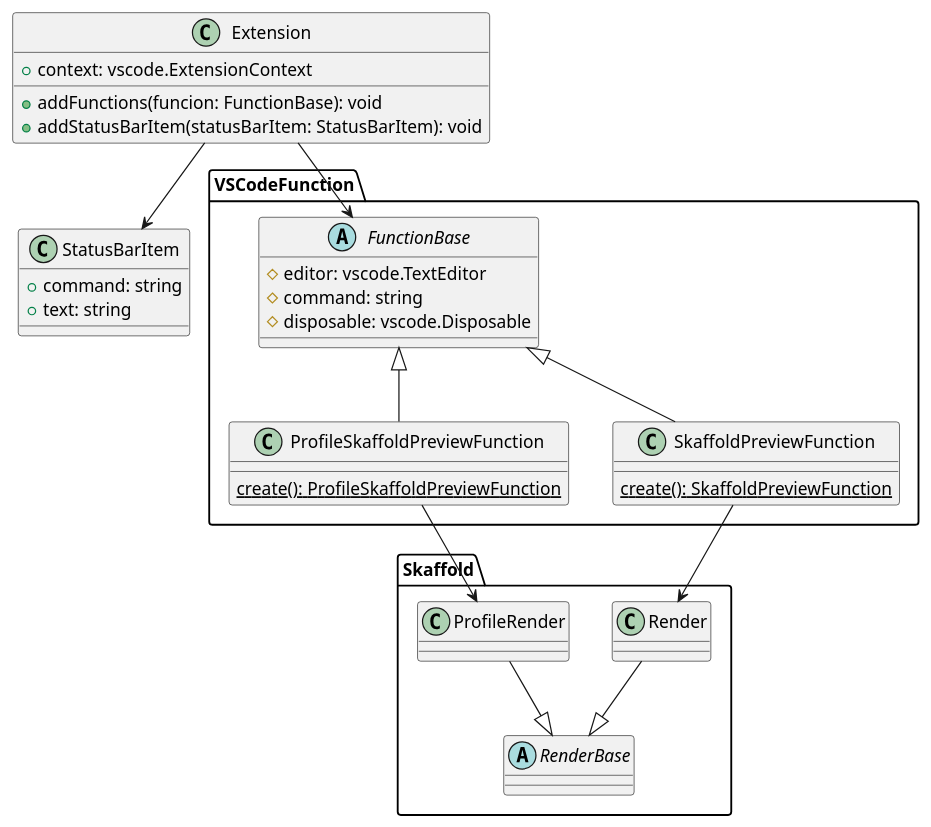
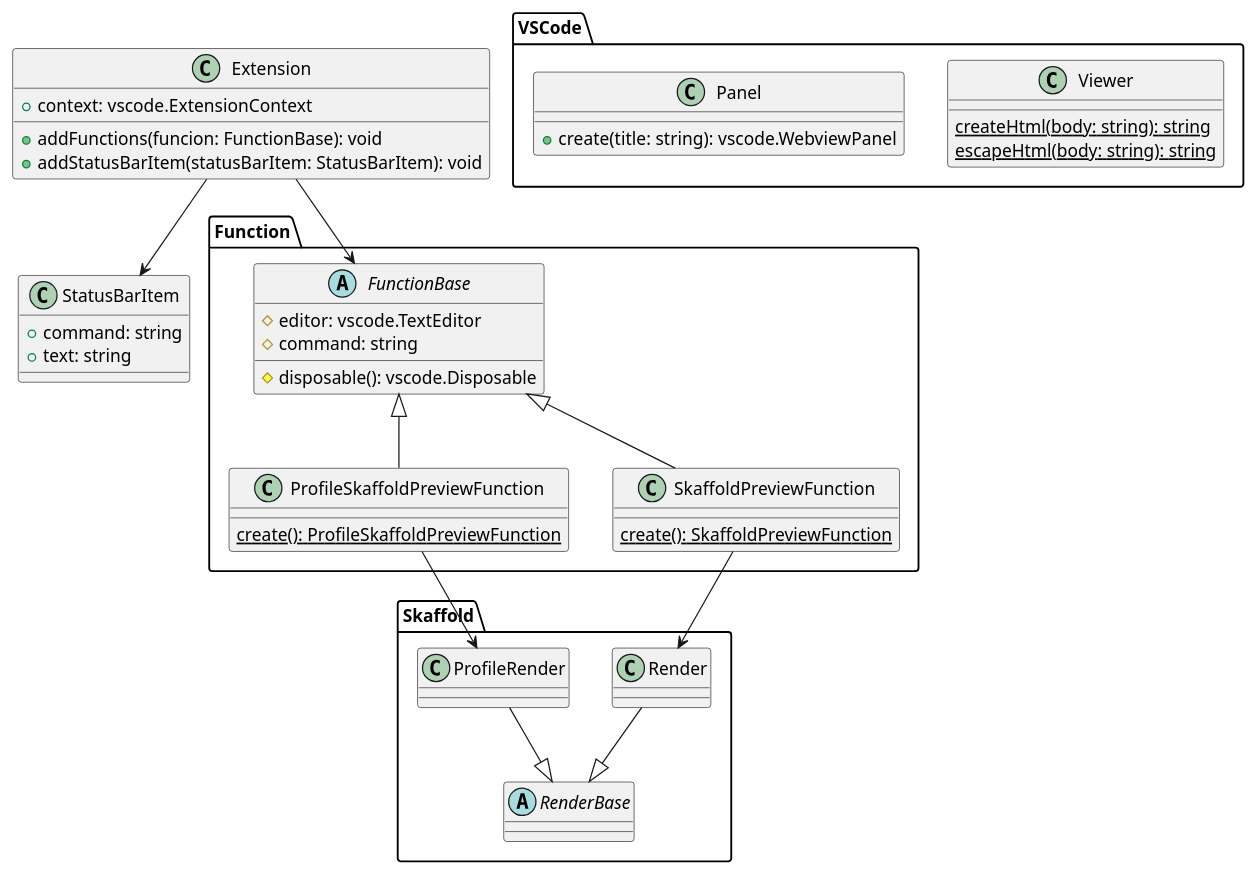
Before and after one commit to maaaashi/skaffold-preview: the diagram in docs/architechture.pu, drawn with PlantUML. The commit also changed 9 other files, not shown here.

```diff
--- a/docs/architechture.pu
+++ b/docs/architechture.pu
@@ -1,56 +1,67 @@
 @startuml Architechture
 
-package VSCodeFunction {
+package VSCode {
+  class Viewer {
+    {static} createHtml(body: string): string
+    {static} escapeHtml(body: string): string
+  }
+
+  class Panel {
+    + create(title: string): vscode.WebviewPanel
+  }
+}
+
+package Function {
   abstract class FunctionBase {
     # editor: vscode.TextEditor
     # command: string
-    # disposable: vscode.Disposable
+    # disposable(): vscode.Disposable
   }
 
   class SkaffoldPreviewFunction {
     {static} create(): SkaffoldPreviewFunction
   }
 
   class ProfileSkaffoldPreviewFunction {
     {static} create(): ProfileSkaffoldPreviewFunction
   }
 }
 
 FunctionBase <|-- SkaffoldPreviewFunction
 FunctionBase <|-- ProfileSkaffoldPreviewFunction
 
 package Skaffold {
   abstract class RenderBase {
 
   }
 
   class ProfileRender {
 
   }
 
   class Render {
 
   }
 
   RenderBase <|-up- Render
   RenderBase <|-up- ProfileRender
 }
 
 Render <-up- SkaffoldPreviewFunction
 ProfileRender <-up- ProfileSkaffoldPreviewFunction
 
 class StatusBarItem {
   + command: string
   + text: string
 }
 
 class Extension {
   + context: vscode.ExtensionContext
   + addFunctions(funcion: FunctionBase): void
   + addStatusBarItem(statusBarItem: StatusBarItem): void
 }
 
 Extension -down-> FunctionBase
 Extension -down-> StatusBarItem
 
 @enduml
```
